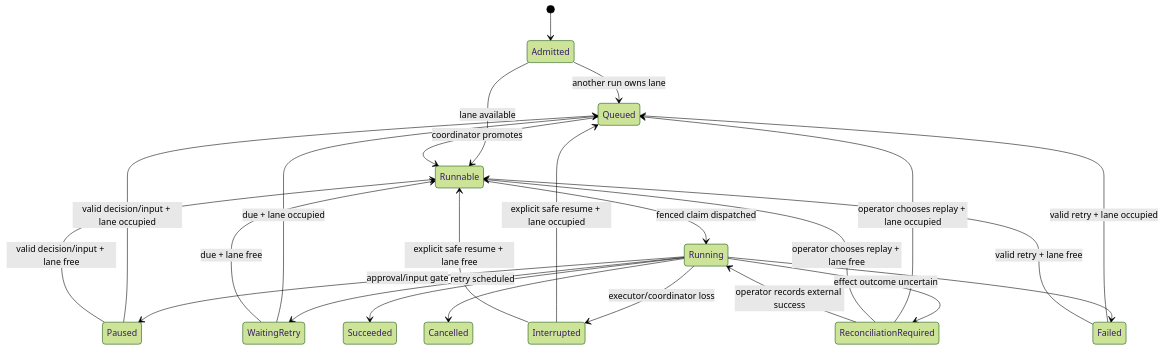
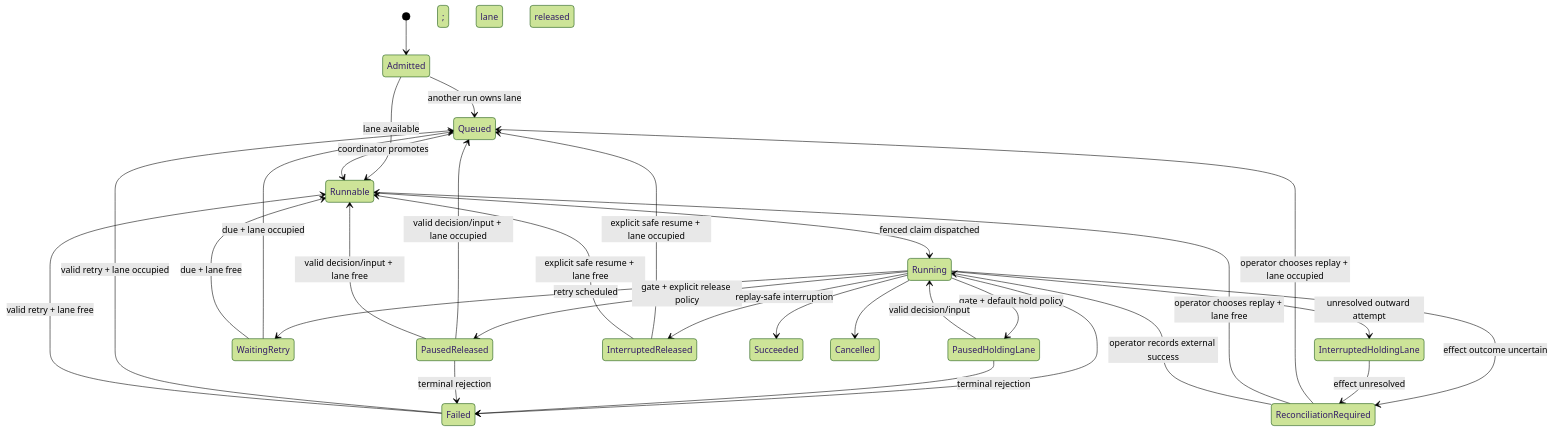
The third of 7 diagrams in docs/superpowers/specs/2026-07-18-plugin-background-services-workflow-coordination-design.md (cmetech/hermes-agent), drawn with Mermaid (forest theme) before and after one commit. The commit also changed other lines of this file and 5 other files, not shown here.

````diff
--- a/docs/superpowers/specs/2026-07-18-plugin-background-services-workflow-coordination-design.md
+++ b/docs/superpowers/specs/2026-07-18-plugin-background-services-workflow-coordination-design.md
@@ -340,26 +381,32 @@
 ```mermaid
 stateDiagram-v2
     [*] --> Admitted
     Admitted --> Queued: another run owns lane
     Admitted --> Runnable: lane available
     Queued --> Runnable: coordinator promotes
     Runnable --> Running: fenced claim dispatched
-    Running --> Paused: approval/input gate
-    Running --> WaitingRetry: retry scheduled
-    Running --> Interrupted: executor/coordinator loss
+    Running --> PausedHoldingLane: gate + default hold policy
+    Running --> PausedReleased: gate + explicit release policy
+    Running --> WaitingRetry: retry scheduled; lane released
+    Running --> InterruptedHoldingLane: unresolved outward attempt
+    Running --> InterruptedReleased: replay-safe interruption
     Running --> ReconciliationRequired: effect outcome uncertain
     Running --> Succeeded
     Running --> Failed
     Running --> Cancelled
-    Paused --> Queued: valid decision/input + lane occupied
-    Paused --> Runnable: valid decision/input + lane free
+    PausedHoldingLane --> Running: valid decision/input
+    PausedHoldingLane --> Failed: terminal rejection
+    PausedReleased --> Queued: valid decision/input + lane occupied
+    PausedReleased --> Runnable: valid decision/input + lane free
+    PausedReleased --> Failed: terminal rejection
     WaitingRetry --> Queued: due + lane occupied
     WaitingRetry --> Runnable: due + lane free
-    Interrupted --> Queued: explicit safe resume + lane occupied
-    Interrupted --> Runnable: explicit safe resume + lane free
+    InterruptedHoldingLane --> ReconciliationRequired: effect unresolved
+    InterruptedReleased --> Queued: explicit safe resume + lane occupied
+    InterruptedReleased --> Runnable: explicit safe resume + lane free
     ReconciliationRequired --> Queued: operator chooses replay + lane occupied
     ReconciliationRequired --> Runnable: operator chooses replay + lane free
     ReconciliationRequired --> Running: operator records external success
     Failed --> Queued: valid retry + lane occupied
     Failed --> Runnable: valid retry + lane free
 ```
````
